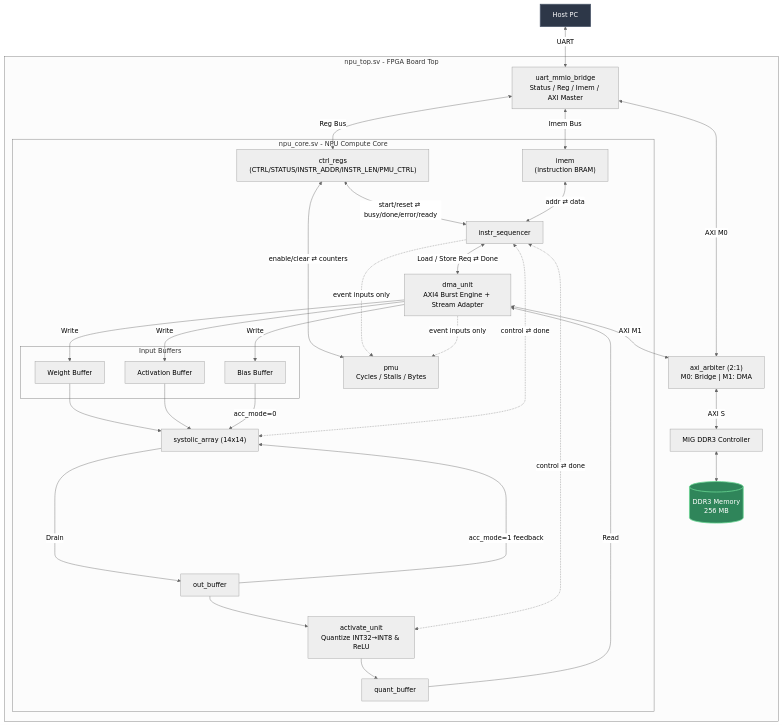
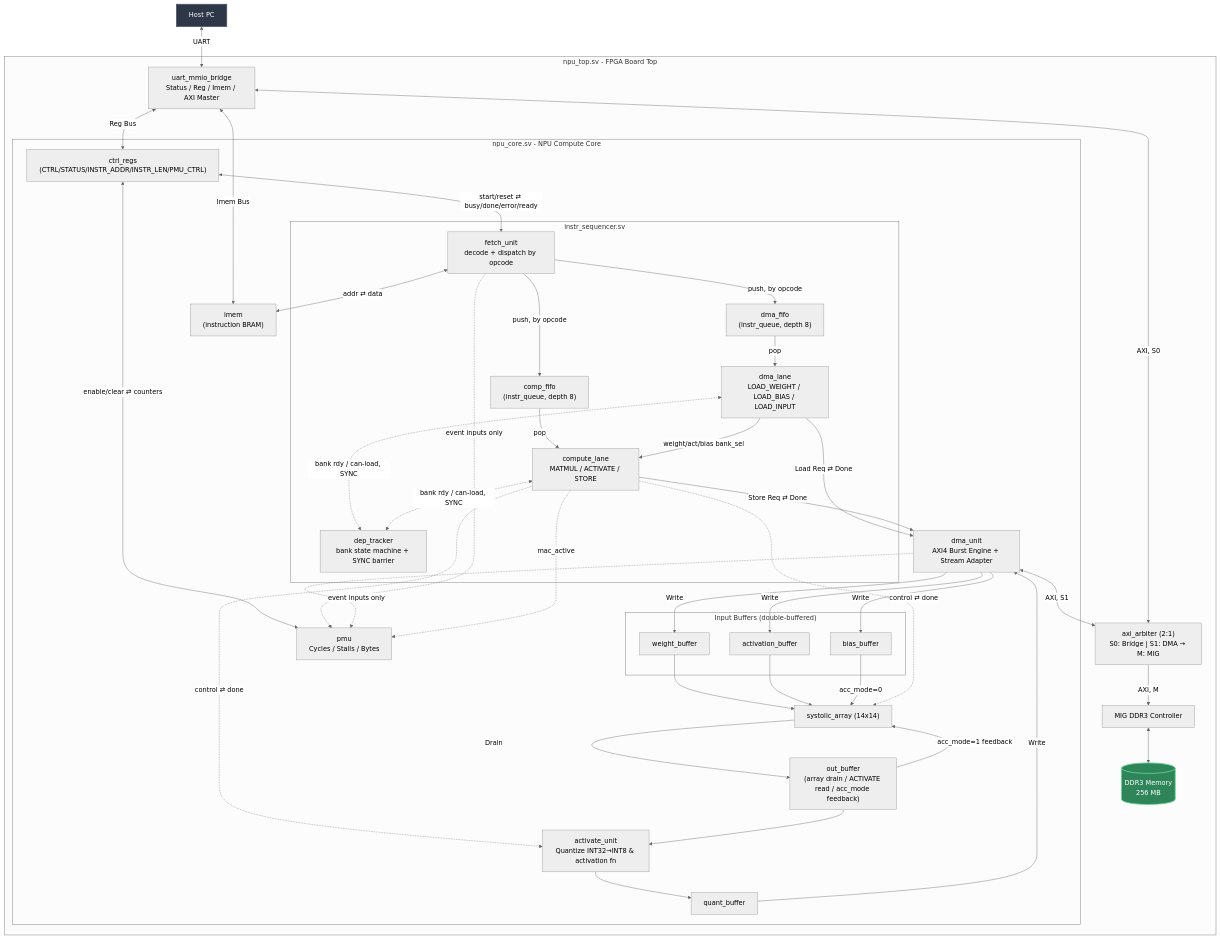
Before and after one commit to TastyVeggy/macaque: the diagram in README.md, drawn with Mermaid (neutral theme). The commit also changed other lines of this file and 2 other files, not shown here.

Commit message:
Fix slave/master port prefixing of axi arbiter to follow conventions

````diff
--- a/README.md
+++ b/README.md
@@ -106,30 +106,39 @@
 ```mermaid
 flowchart TD
     Host["Host PC"]
-    
+
     subgraph Top["npu_top.sv - FPGA Board Top"]
 
         Bridge["uart_mmio_bridge<br/>Status / Reg / Imem / AXI Master"]
-        Arb["axi_arbiter (2:1)<br/>M0: Bridge | M1: DMA"]
+        Arb["axi_arbiter (2:1)<br/>S0: Bridge | S1: DMA → M: MIG"]
         MIG["MIG DDR3 Controller"]
         DDR3[("DDR3 Memory<br/>256 MB")]
 
-        subgraph Core["npu_core.sv -  NPU Compute Core"]
+        subgraph Core["npu_core.sv - NPU Compute Core"]
             CtrlRegs["ctrl_regs<br/>(CTRL/STATUS/INSTR_ADDR/INSTR_LEN/PMU_CTRL)"]
             IMem["imem<br/>(instruction BRAM)"]
-            Seq["instr_sequencer"]
+
+            subgraph Seq["instr_sequencer.sv"]
+                Fetch["fetch_unit<br/>decode + dispatch by opcode"]
+                DmaFifo["dma_fifo<br/>(instr_queue, depth 8)"]
+                CompFifo["comp_fifo<br/>(instr_queue, depth 8)"]
+                DmaLane["dma_lane<br/>LOAD_WEIGHT / LOAD_BIAS / LOAD_INPUT"]
+                CompLane["compute_lane<br/>MATMUL / ACTIVATE / STORE"]
+                DepTracker["dep_tracker<br/>bank state machine + SYNC barrier"]
+            end
+
             DmaUnit["dma_unit<br/>AXI4 Burst Engine + Stream Adapter"]
-            
-            subgraph Inputs["Input Buffers"]
-                WBuf["Weight Buffer"]
-                ABuf["Activation Buffer"]
-                BBuf["Bias Buffer"]
+
+            subgraph Inputs["Input Buffers (double-buffered)"]
+                WBuf["weight_buffer"]
+                ABuf["activation_buffer"]
+                BBuf["bias_buffer"]
             end
 
             Array["systolic_array (14x14)"]
-            OBuf["out_buffer"]
+            OBuf["out_buffer<br/>(array drain / ACTIVATE read / acc_mode feedback)"]
             QBuf["quant_buffer"]
-            Act["activate_unit<br/>Quantize INT32→INT8 & ReLU"]
+            Act["activate_unit<br/>Quantize INT32→INT8 & activation fn"]
             PMU["pmu<br/>Cycles / Stalls / Bytes"]
         end
     end
@@ -137,40 +146,50 @@
     Host <-->|UART| Bridge
     Bridge <-->|Reg Bus| CtrlRegs
     Bridge <-->|Imem Bus| IMem
-    Bridge <-->|AXI M0| Arb
-    DmaUnit <-->|AXI M1| Arb
-    Arb <-->|AXI S| MIG
+    Bridge <-->|AXI, S0| Arb
+    DmaUnit <-->|AXI, S1| Arb
+    Arb -->|AXI, M| MIG
     MIG <--> DDR3
 
-    CtrlRegs <-->|start/reset ⇄ busy/done/error/ready| Seq
+    CtrlRegs <-->|start/reset ⇄ busy/done/error/ready| Fetch
     CtrlRegs <-->|enable/clear ⇄ counters| PMU
-    IMem <-->|addr ⇄ data| Seq
+    Fetch <-->|addr ⇄ data| IMem
+
+    Fetch -->|push, by opcode| DmaFifo
+    Fetch -->|push, by opcode| CompFifo
+    DmaFifo -->|pop| DmaLane
+    CompFifo -->|pop| CompLane
+
+    DmaLane <-.->|bank rdy / can-load, SYNC| DepTracker
+    CompLane <-.->|bank rdy / can-load, SYNC| DepTracker
+    DmaLane -->|weight/act/bias bank_sel| CompLane
 
     %% Core Dataflow & Control
-    Seq <-->|Load / Store Req ⇄ Done| DmaUnit
+    DmaLane -->|Load Req ⇄ Done| DmaUnit
+    CompLane -->|Store Req ⇄ Done| DmaUnit
     DmaUnit -->|Write| WBuf
     DmaUnit -->|Write| ABuf
     DmaUnit -->|Write| BBuf
-    QBuf -->|Read| DmaUnit
+    QBuf -->|Write| DmaUnit
 
     WBuf --> Array
     ABuf --> Array
     BBuf -->|acc_mode=0| Array
-    
+    OBuf -->|acc_mode=1 feedback| Array
+
+    CompLane -. control ⇄ done .-> Array
     Array -->|Drain| OBuf
-    OBuf ---->|acc_mode=1 feedback| Array
 
+    CompLane -. control ⇄ done .-> Act
     OBuf --> Act
     Act --> QBuf
 
-    Seq <-. control ⇄ done .-> Array
-    Seq <-. control ⇄ done .-> Act
-    Seq -.->|event inputs only| PMU
+    Fetch -.->|event inputs only| PMU
     DmaUnit -.->|event inputs only| PMU
+    CompLane -.->|mac_active| PMU
 
     classDef host fill:#2d3748,stroke:#4a5568,stroke-width:2px,color:#fff;
     classDef mem fill:#2f855a,stroke:#68d391,stroke-width:2px,color:#fff;
     class Host host;
     class DDR3 mem;
-
 ```
````
